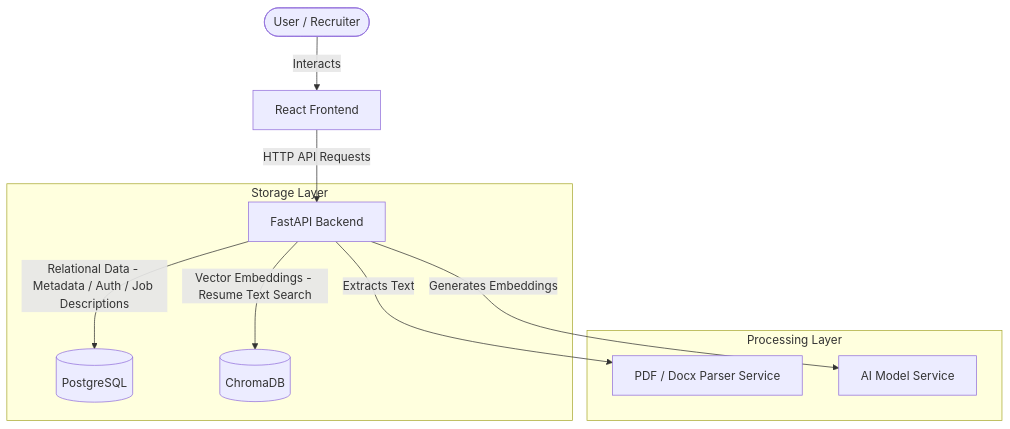
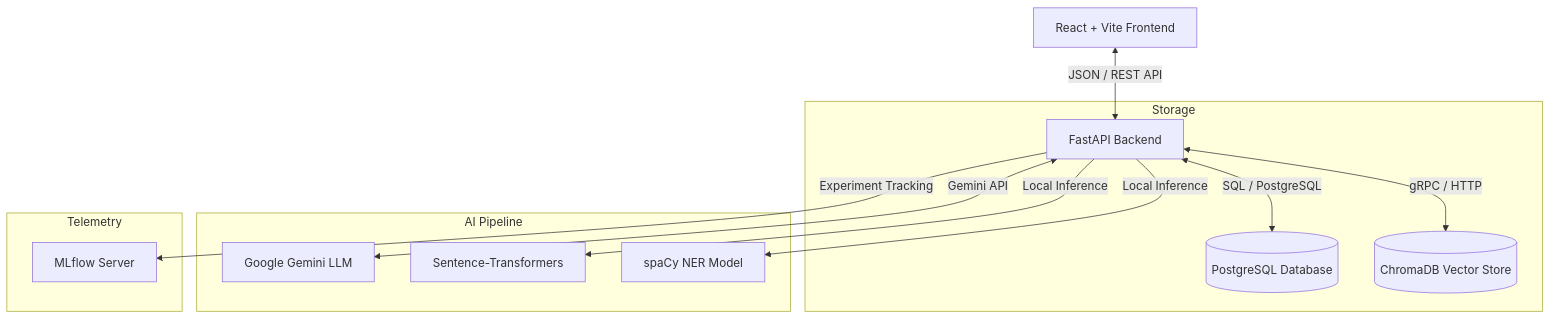
Before and after one commit to maitray-agrawal/AI-Powered-Resume-Intelligence-Platform: the first of 5 diagrams in docs/architecture.md, drawn with Mermaid. The commit also changed other lines of this file and 29 other files, not shown here.

````diff
--- a/docs/architecture.md
+++ b/docs/architecture.md
@@ -7,15 +9,19 @@
 ```mermaid
 graph TD
-    User([User / Recruiter]) -->|Interacts| FE[React Frontend]
-    FE -->|HTTP API Requests| BE[FastAPI Backend]
+    Client[React + Vite Frontend] <-->|JSON / REST API| Server[FastAPI Backend]
     
-    subgraph Storage Layer
-        BE -->|Relational Data - Metadata / Auth / Job Descriptions| DB[(PostgreSQL)]
-        BE -->|Vector Embeddings - Resume Text Search| VDB[(ChromaDB)]
+    subgraph Storage
+        Server <-->|SQL / PostgreSQL| DB[(PostgreSQL Database)]
+        Server <-->|gRPC / HTTP| VectorDB[(ChromaDB Vector Store)]
     end
     
-    subgraph Processing Layer
-        BE -->|Extracts Text| Parser[PDF / Docx Parser Service]
-        BE -->|Generates Embeddings| Embedder[AI Model Service]
+    subgraph AI Pipeline
+        Server <-->|Gemini API| Gemini[Google Gemini LLM]
+        Server -->|Local Inference| ST[Sentence-Transformers]
+        Server -->|Local Inference| Spacy[spaCy NER Model]
+    end
+    
+    subgraph Telemetry
+        Server -->|Experiment Tracking| MLflow[MLflow Server]
     end
 ```
````
